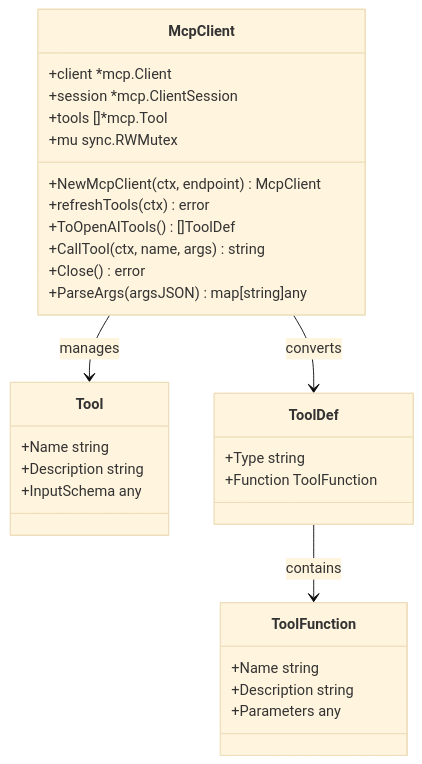
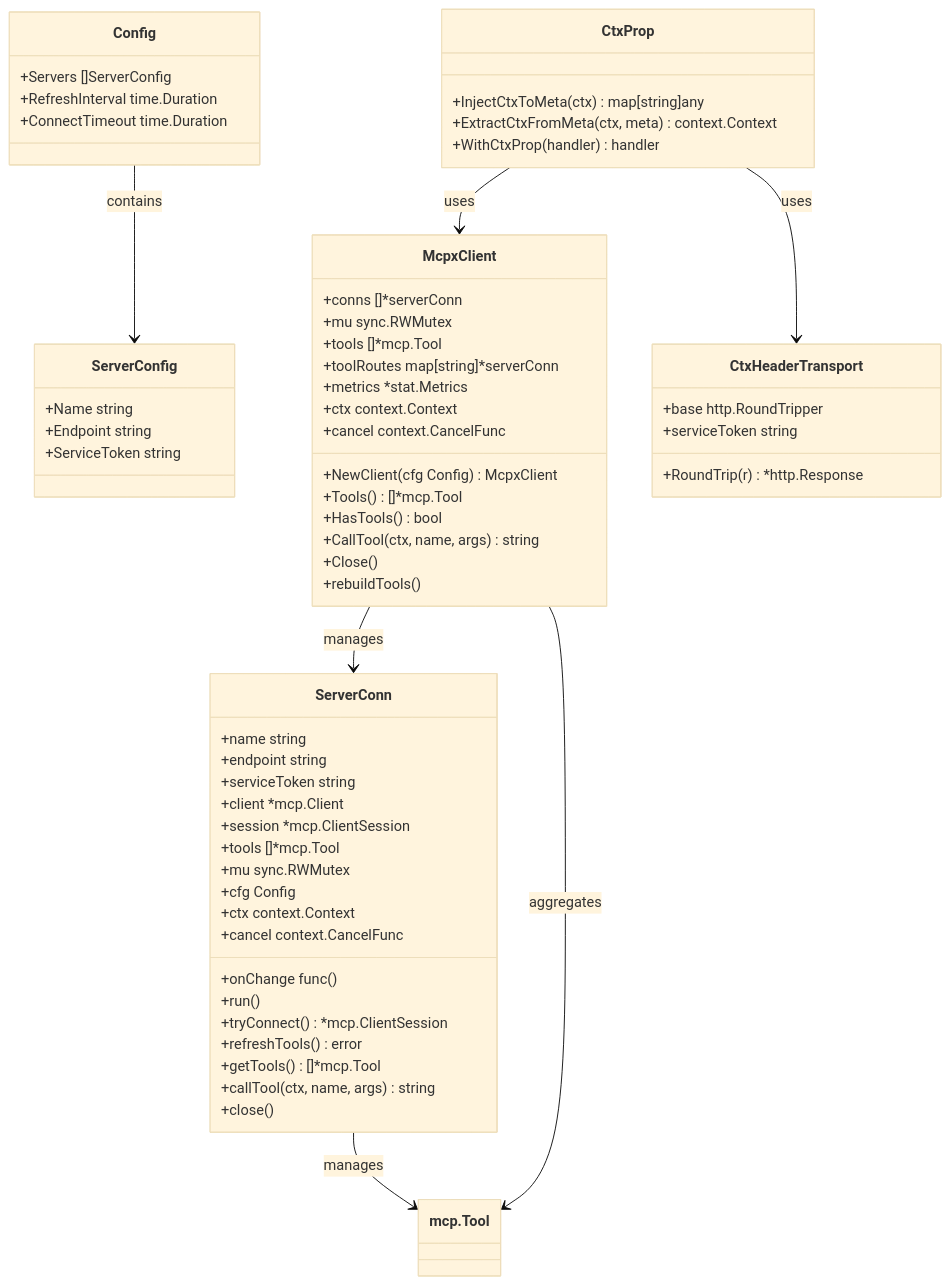
One commit to maomao94/zero-service changed the seventh of 11 diagrams in .qoder/repowiki/zh/content/核心服务详解/AI聊天服务.md. Above: the diagram before and after it, drawn with Mermaid (base theme). The commit also changed other lines of this file and 11 other files, not shown here.

First line of the commit message:
feat(aiapp): update aichat/aigtw config and routes, update repowiki docs

````diff
--- a/.qoder/repowiki/zh/content/核心服务详解/AI聊天服务.md
+++ b/.qoder/repowiki/zh/content/核心服务详解/AI聊天服务.md
@@ -404,32 +537,63 @@
 ```mermaid
 classDiagram
-class McpClient {
+class McpxClient {
++conns []*serverConn
++mu sync.RWMutex
++tools []*mcp.Tool
++toolRoutes map[string]*serverConn
++metrics *stat.Metrics
++ctx context.Context
++cancel context.CancelFunc
++NewClient(cfg Config) McpxClient
++Tools() []*mcp.Tool
++HasTools() bool
++CallTool(ctx, name, args) string
++Close()
++rebuildTools()
+}
+class ServerConn {
++name string
++endpoint string
++serviceToken string
 +client *mcp.Client
 +session *mcp.ClientSession
 +tools []*mcp.Tool
 +mu sync.RWMutex
-+NewMcpClient(ctx, endpoint) McpClient
-+refreshTools(ctx) error
-+ToOpenAITools() []ToolDef
-+CallTool(ctx, name, args) string
-+Close() error
-+ParseArgs(argsJSON) map[string]any
++cfg Config
++onChange func()
++ctx context.Context
++cancel context.CancelFunc
++run()
++tryConnect() *mcp.ClientSession
++refreshTools() error
++getTools() []*mcp.Tool
++callTool(ctx, name, args) string
++close()
 }
-class Tool {
+class Config {
++Servers []ServerConfig
++RefreshInterval time.Duration
++ConnectTimeout time.Duration
+}
+class ServerConfig {
 +Name string
-+Description string
-+InputSchema any
++Endpoint string
++ServiceToken string
 }
-class ToolDef {
-+Type string
-+Function ToolFunction
+class CtxProp {
++InjectCtxToMeta(ctx) map[string]any
++ExtractCtxFromMeta(ctx, meta) context.Context
++WithCtxProp(handler) handler
 }
-class ToolFunction {
-+Name string
-+Description string
-+Parameters any
+class CtxHeaderTransport {
++base http.RoundTripper
++serviceToken string
++RoundTrip(r) *http.Response
 }
-McpClient --> Tool : manages
-McpClient --> ToolDef : converts
-ToolDef --> ToolFunction : contains
+McpxClient --> ServerConn : manages
+McpxClient --> mcp.Tool : aggregates
+ServerConn --> mcp.Tool : manages
+Config --> ServerConfig : contains
+CtxProp --> McpxClient : uses
+CtxProp --> CtxHeaderTransport : uses
 ```
````
